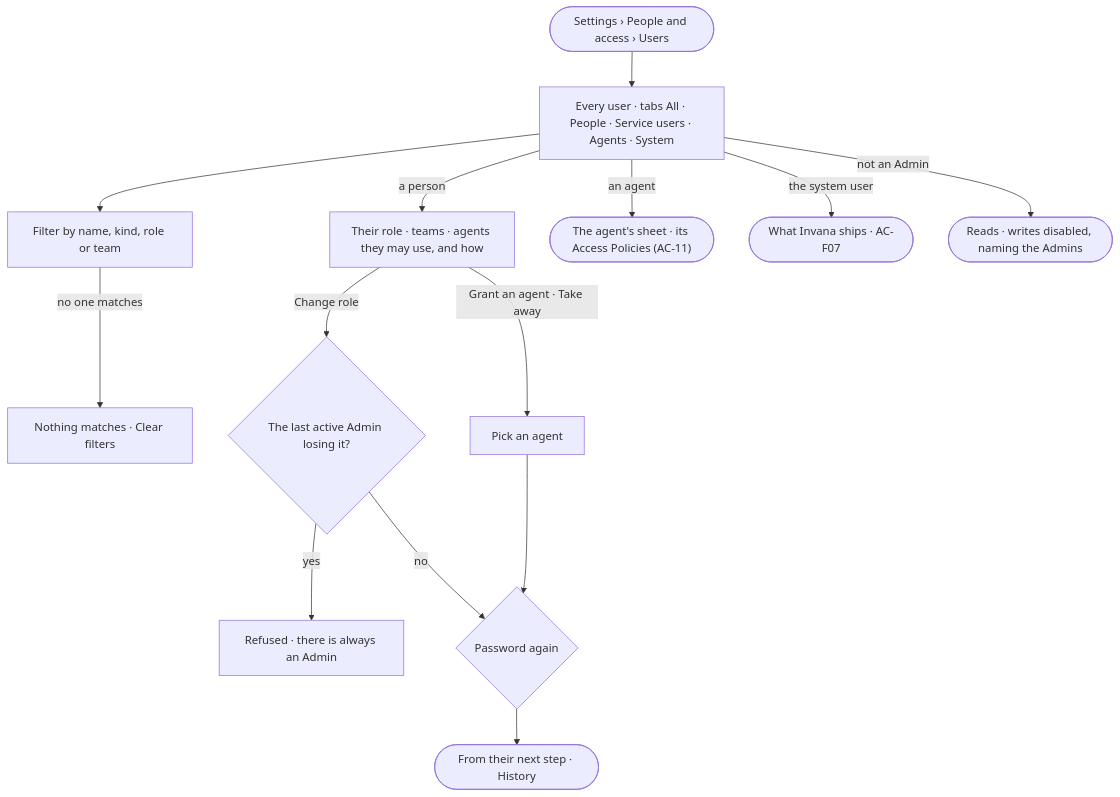
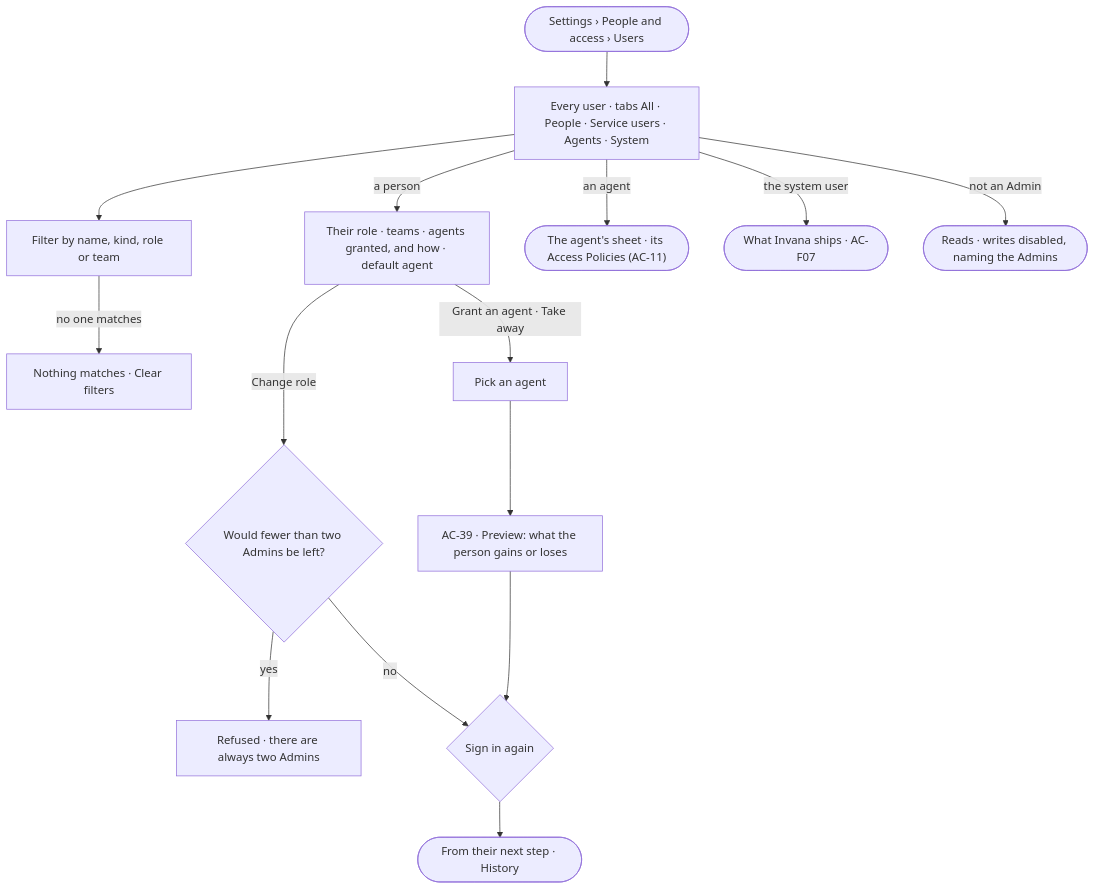
Before and after one commit to invana/invana: the diagram in specs/os/access/features/AC-F03-directory/stories/AC-22-see-every-user-and-set-a-persons-role/story.md, drawn with Mermaid. The commit also changed other lines of this file and 300 other files, not shown here.

````diff
--- a/specs/os/access/features/AC-F03-directory/stories/AC-22-see-every-user-and-set-a-persons-role/story.md
+++ b/specs/os/access/features/AC-F03-directory/stories/AC-22-see-every-user-and-set-a-persons-role/story.md
@@ -27,15 +27,15 @@
 ```mermaid
 flowchart TD
   s([Settings › People and access › Users]) --> l["Every user · tabs All · People · Service users · Agents · System"]
   l --> f["Filter by name, kind, role or team"]
   f -->|no one matches| fe["Nothing matches · Clear filters"]
-  l -->|a person| p["Their role · teams · agents they may use, and how"]
-  p -->|Change role| r{"The last active Admin losing it?"}
-  r -->|yes| rr["Refused · there is always an Admin"]
-  r -->|no| pw{"Password again"}
+  l -->|a person| p["Their role · teams · agents granted, and how · default agent"]
+  p -->|Change role| r{"Would fewer than two Admins be left?"}
+  r -->|yes| rr["Refused · there are always two Admins"]
+  r -->|no| pw{"Sign in again"}
   pw --> ok(["From their next step · History"])
-  p -->|Grant an agent · Take away| g["Pick an agent"] --> pw
+  p -->|Grant an agent · Take away| g["Pick an agent"] --> gp["AC-39 · Preview: what the person gains or loses"] --> pw
   l -->|an agent| a(["The agent's sheet · its Access Policies (AC-11)"])
   l -->|the system user| sys(["What Invana ships · AC-F07"])
   l -->|not an Admin| ro(["Reads · writes disabled, naming the Admins"])
 ```
````
